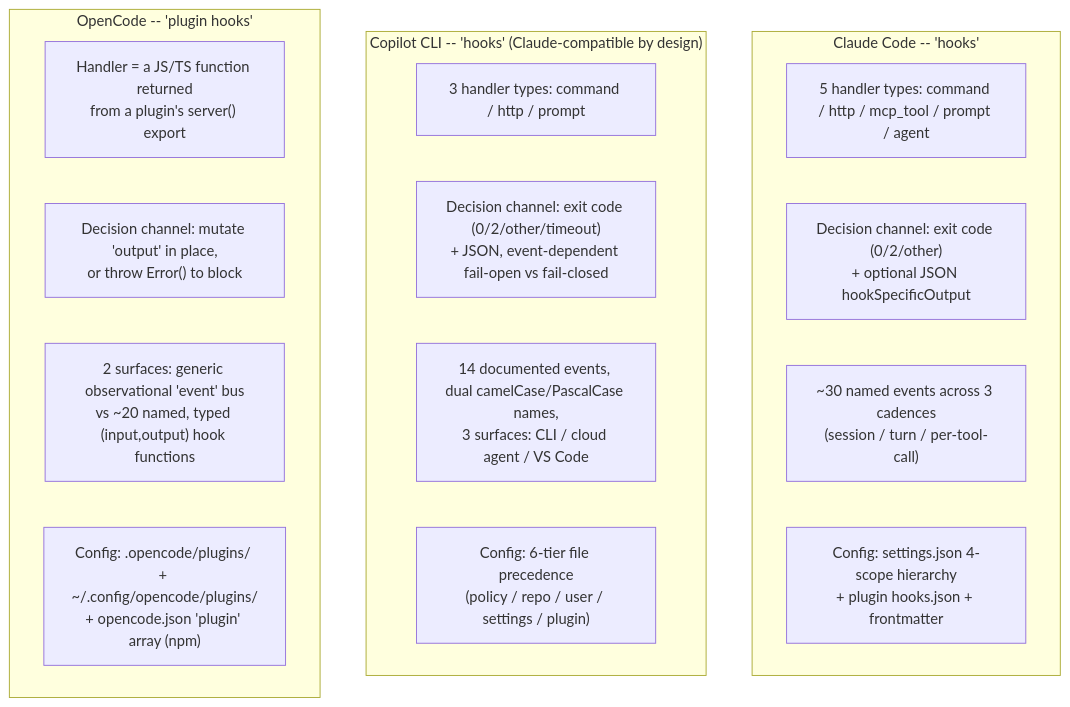
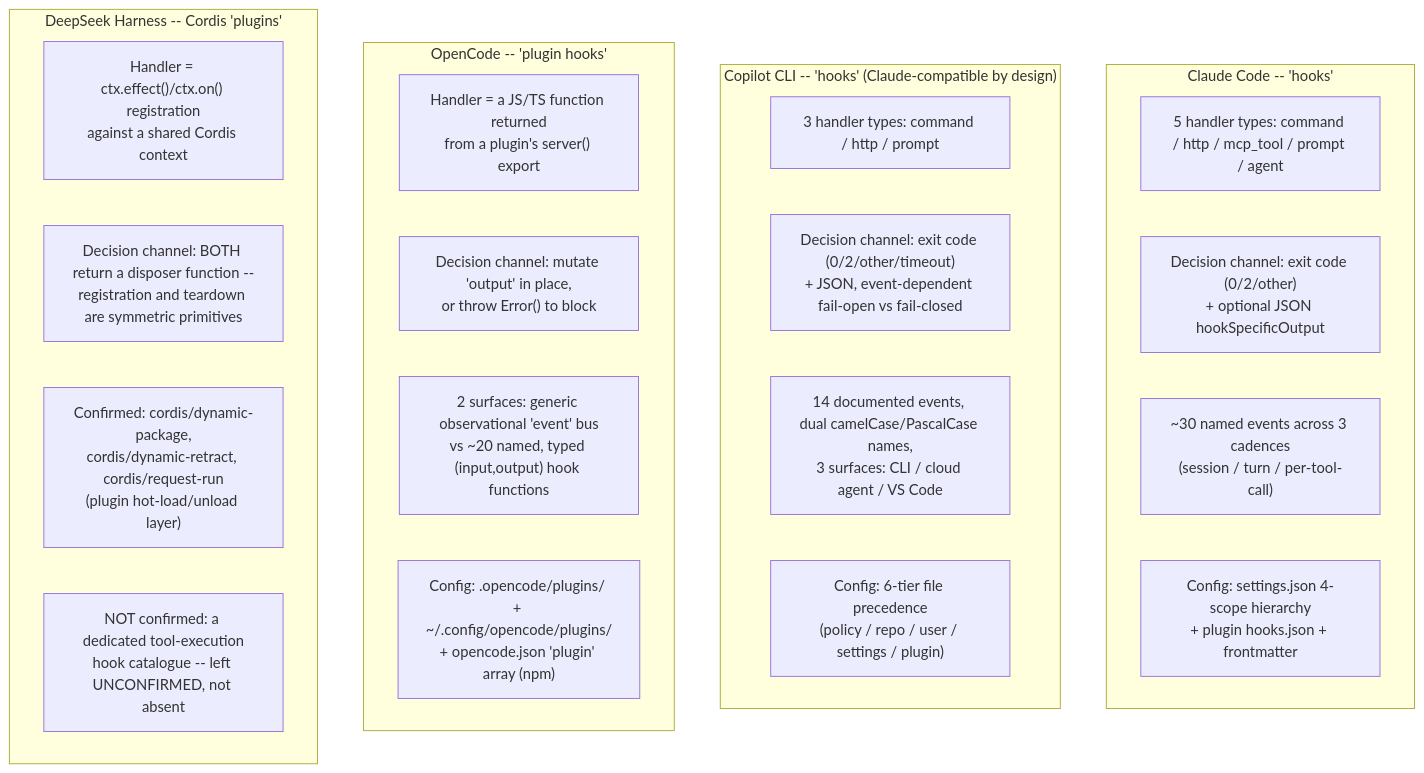
Before and after one commit to sfernandezplain/AIrchon: the sixth of 6 diagrams in references/harnesses/hooks-lifecycle-extensibility.md, drawn with Mermaid. The commit also changed other lines of this file and 5 other files, not shown here.

````diff
--- a/references/harnesses/hooks-lifecycle-extensibility.md
+++ b/references/harnesses/hooks-lifecycle-extensibility.md
@@ -818,21 +963,27 @@
 ```mermaid
 flowchart TB
     subgraph CC["Claude Code -- 'hooks'"]
         CC1["5 handler types: command / http / mcp_tool / prompt / agent"]
         CC2["Decision channel: exit code (0/2/other)\n+ optional JSON hookSpecificOutput"]
         CC3["~30 named events across 3 cadences\n(session / turn / per-tool-call)"]
         CC4["Config: settings.json 4-scope hierarchy\n+ plugin hooks.json + frontmatter"]
     end
     subgraph GH["Copilot CLI -- 'hooks' (Claude-compatible by design)"]
         GH1["3 handler types: command / http / prompt"]
         GH2["Decision channel: exit code (0/2/other/timeout)\n+ JSON, event-dependent fail-open vs fail-closed"]
         GH3["14 documented events, dual camelCase/PascalCase names,\n3 surfaces: CLI / cloud agent / VS Code"]
         GH4["Config: 6-tier file precedence\n(policy / repo / user / settings / plugin)"]
     end
     subgraph OC["OpenCode -- 'plugin hooks'"]
         OC1["Handler = a JS/TS function returned\nfrom a plugin's server() export"]
         OC2["Decision channel: mutate 'output' in place,\nor throw Error() to block"]
         OC3["2 surfaces: generic observational 'event' bus\nvs ~20 named, typed (input,output) hook functions"]
         OC4["Config: .opencode/plugins/ + ~/.config/opencode/plugins/\n+ opencode.json 'plugin' array (npm)"]
     end
+    subgraph DS["DeepSeek Harness -- Cordis 'plugins'"]
+        DS1["Handler = ctx.effect()/ctx.on() registration\nagainst a shared Cordis context"]
+        DS2["Decision channel: BOTH return a disposer function --\nregistration and teardown are symmetric primitives"]
+        DS3["Confirmed: cordis/dynamic-package,\ncordis/dynamic-retract, cordis/request-run\n(plugin hot-load/unload layer)"]
+        DS4["NOT confirmed: a dedicated tool-execution\nhook catalogue -- left UNCONFIRMED, not absent"]
+    end
 ```
````
